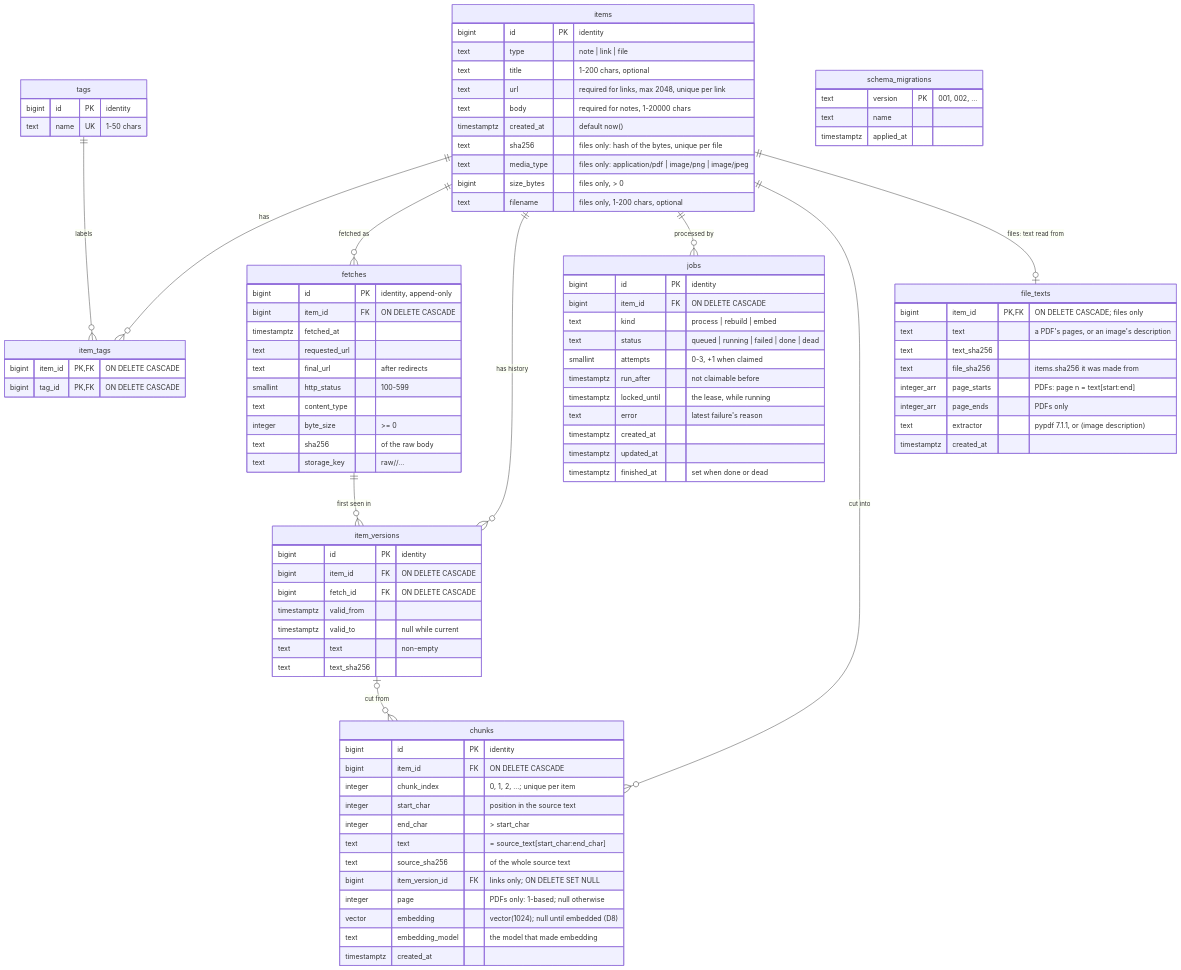
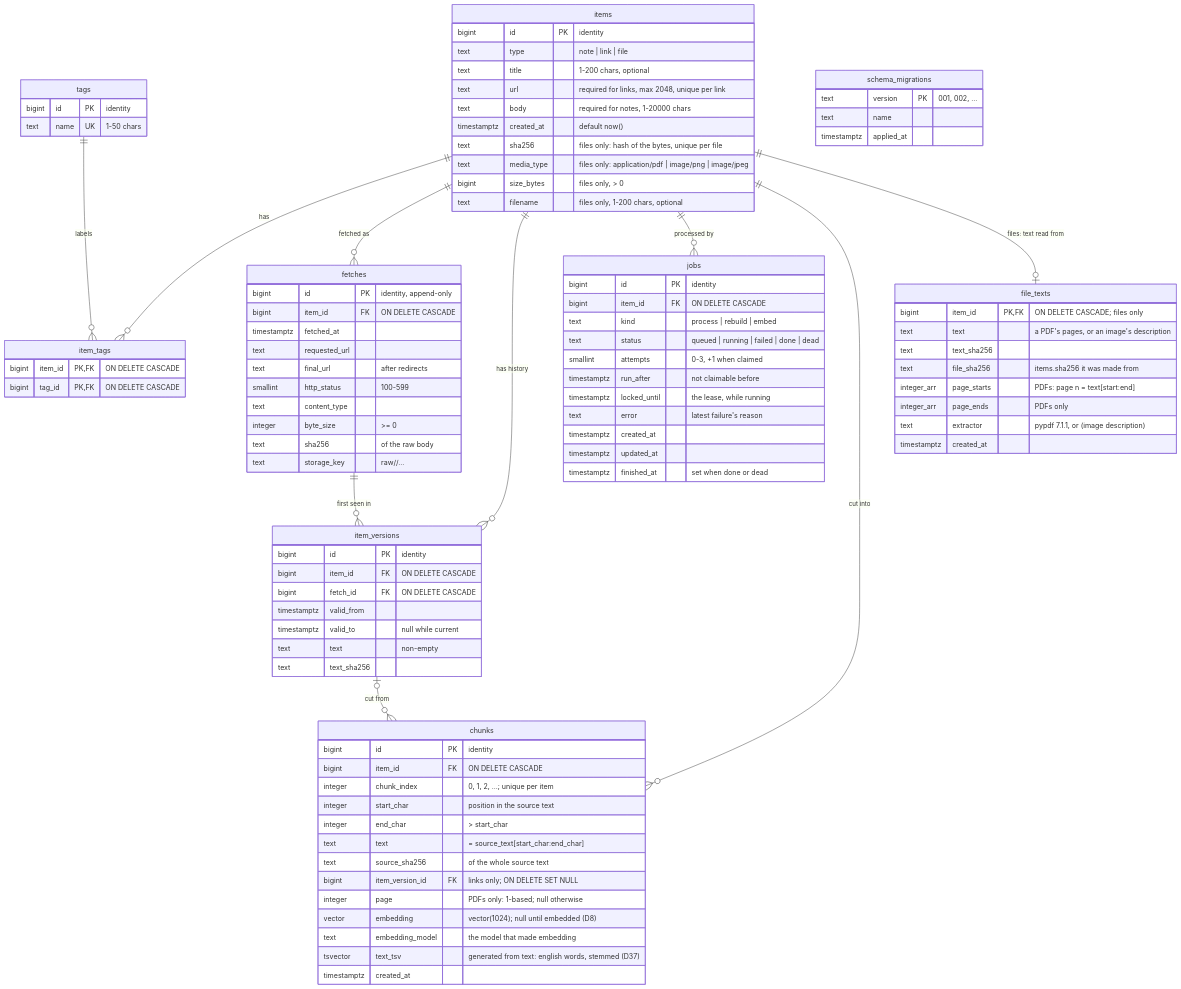
Before and after one commit to sxnfer/mind-dump: the diagram in docs/schema.md, drawn with Mermaid. The commit also changed other lines of this file and 5 other files, not shown here.

First line of the commit message:
Docs: M4 results, schema, tasks, README, architecture and status

```diff
--- a/docs/schema.md
+++ b/docs/schema.md
@@ -74,6 +74,7 @@
         integer     page "PDFs only: 1-based; null otherwise"
         vector      embedding "vector(1024); null until embedded (D8)"
         text        embedding_model "the model that made embedding"
+        tsvector    text_tsv "generated from text: english words, stemmed (D37)"
         timestamptz created_at
     }
     file_texts {
```
